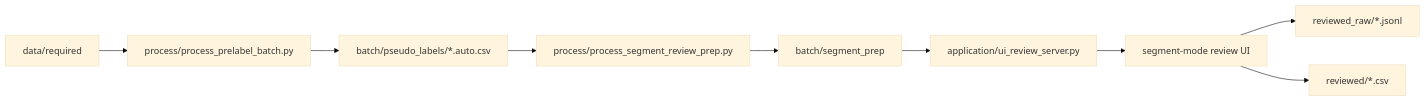
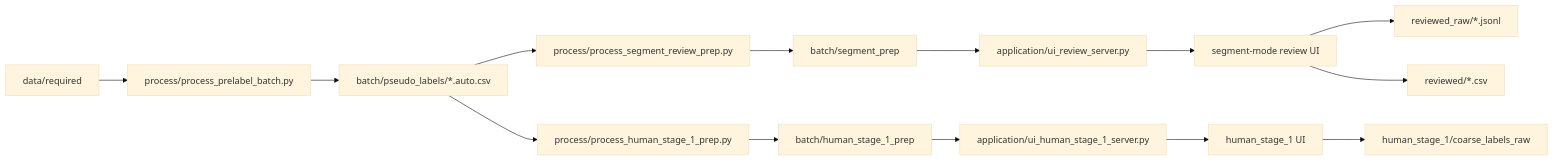
The diagram in docs/README.md (hlife0/ReID_data_annotation), drawn with Mermaid (base theme) before and after one commit. The commit also changed other lines of this file and 10 other files, not shown here.

Commit message:
feat: polish human stage 1 UX and refresh docs

````diff
--- a/docs/README.md
+++ b/docs/README.md
@@ -92,11 +103,16 @@
 ```mermaid
 flowchart LR
     A[data/required] --> B[process/process_prelabel_batch.py]
     B --> C[batch/pseudo_labels/*.auto.csv]
-    C --> D[process/process_segment_review_prep.py]
-    D --> E[batch/segment_prep]
-    E --> F[application/ui_review_server.py]
-    F --> G[segment-mode review UI]
-    G --> H[reviewed_raw/*.jsonl]
-    G --> I[reviewed/*.csv]
+    C --> D1[process/process_segment_review_prep.py]
+    D1 --> E1[batch/segment_prep]
+    E1 --> F1[application/ui_review_server.py]
+    F1 --> G1[segment-mode review UI]
+    G1 --> H1[reviewed_raw/*.jsonl]
+    G1 --> I1[reviewed/*.csv]
+    C --> D2[process/process_human_stage_1_prep.py]
+    D2 --> E2[batch/human_stage_1_prep]
+    E2 --> F2[application/ui_human_stage_1_server.py]
+    F2 --> G2[human_stage_1 UI]
+    G2 --> H2[human_stage_1/coarse_labels_raw]
 ```
````
